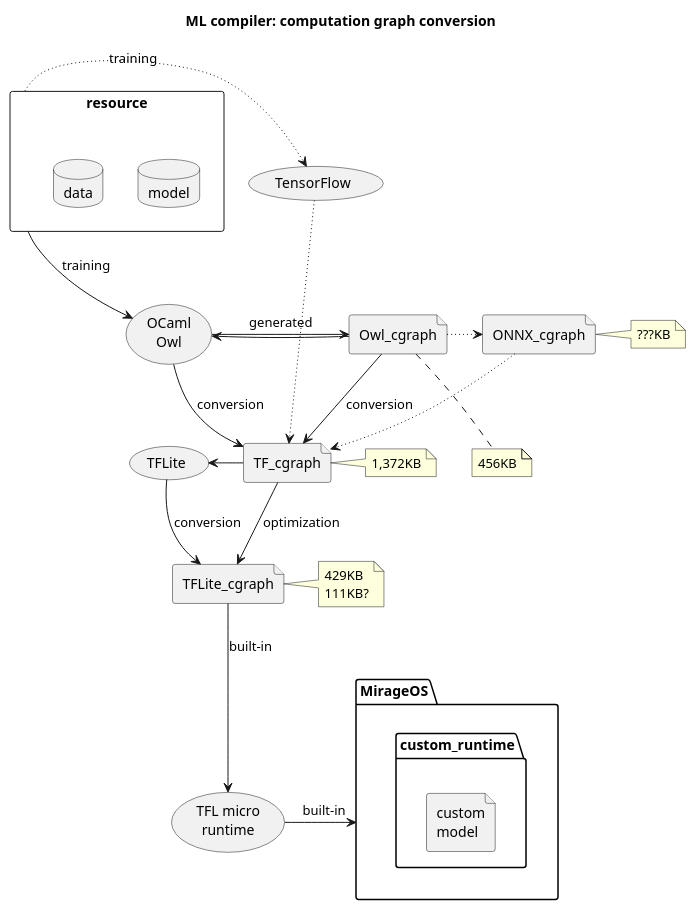
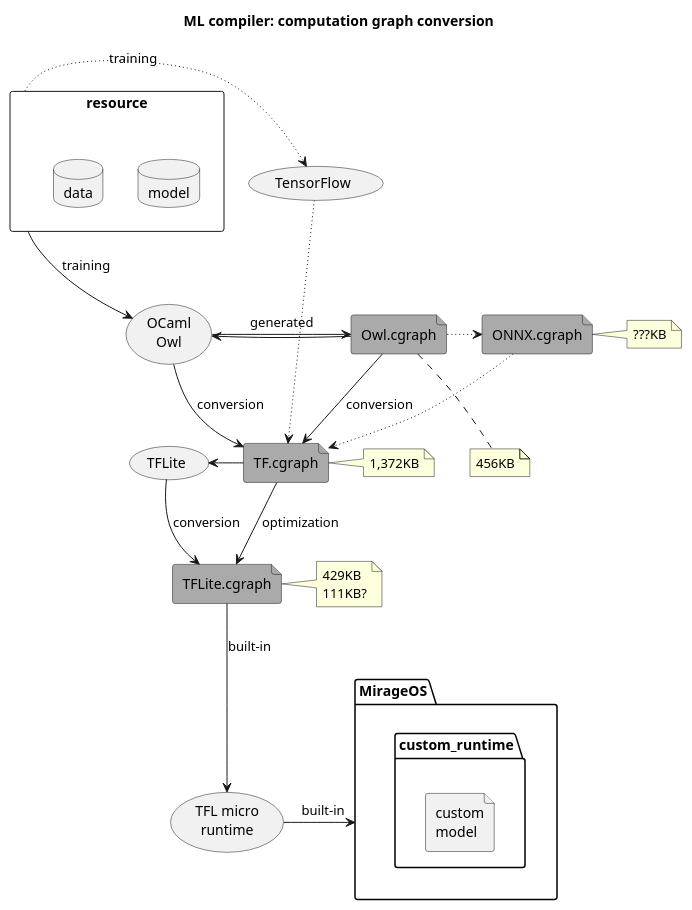
The diagram in convert-uc.puml (doyu/elc2019), drawn with PlantUML before and after one commit.

Commit message:
convert: color cgraphs

```diff
--- a/convert-uc.puml
+++ b/convert-uc.puml
@@ -1,38 +1,38 @@
 @startuml
 title ML compiler: computation graph conversion
 
 rectangle resource {
         database model
         database data
 }
-file Owl_cgraph
-note bottom of Owl_cgraph : 456KB
-file TF_cgraph
-note right of TF_cgraph : 1,372KB
-file TFLite_cgraph
-note right of TFLite_cgraph : 429KB\n111KB?
-file ONNX_cgraph
-note right of ONNX_cgraph : ???KB
+file Owl.cgraph #aaaaaa
+note bottom of Owl.cgraph : 456KB
+file TF.cgraph #aaaaaa
+note right of TF.cgraph : 1,372KB
+file TFLite.cgraph #aaaaaa
+note right of TFLite.cgraph : 429KB\n111KB?
+file ONNX.cgraph #aaaaaa
+note right of ONNX.cgraph : ???KB
 folder MirageOS {
         folder custom_runtime {
         	file "custom\nmodel"
 	}
 }
 
-Owl_cgraph -down-> TF_cgraph : conversion
-Owl_cgraph .[dotted]> ONNX_cgraph
-ONNX_cgraph .[dotted]> TF_cgraph
+Owl.cgraph -down-> TF.cgraph : conversion
+Owl.cgraph .[dotted]> ONNX.cgraph
+ONNX.cgraph .[dotted]> TF.cgraph
 resource .[dotted]> (TensorFlow) : training
-(TensorFlow) .[dotted]> TF_cgraph
-TF_cgraph -down-> TFLite_cgraph : optimization
-TFLite_cgraph -down-> (TFL micro\nruntime) : built-in
+(TensorFlow) .[dotted]> TF.cgraph
+TF.cgraph -down-> TFLite.cgraph : optimization
+TFLite.cgraph -down-> (TFL micro\nruntime) : built-in
 (TFL micro\nruntime) -> MirageOS : built-in
 
 resource -down-> (OCaml\nOwl) : training
-(OCaml\nOwl) -> Owl_cgraph : generated
-(OCaml\nOwl) <- Owl_cgraph
-(OCaml\nOwl) -> TF_cgraph : conversion
-(TFLite) <- TF_cgraph
-(TFLite) -> TFLite_cgraph : conversion
+(OCaml\nOwl) -> Owl.cgraph : generated
+(OCaml\nOwl) <- Owl.cgraph
+(OCaml\nOwl) -> TF.cgraph : conversion
+(TFLite) <- TF.cgraph
+(TFLite) -> TFLite.cgraph : conversion
 
 @enduml
```
